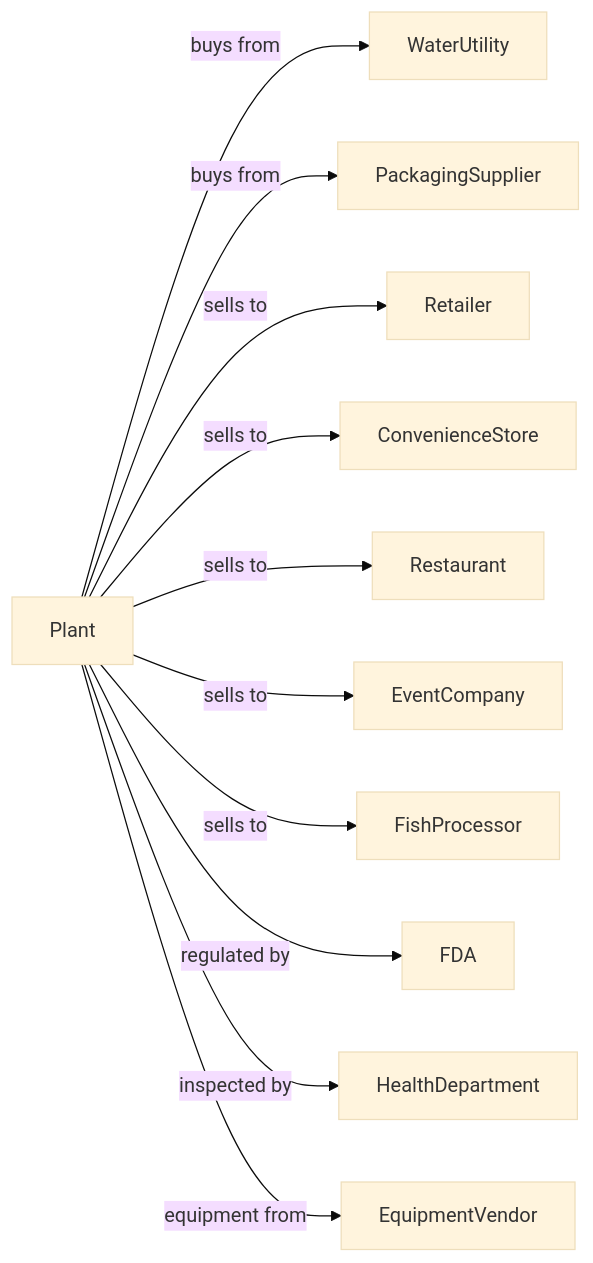
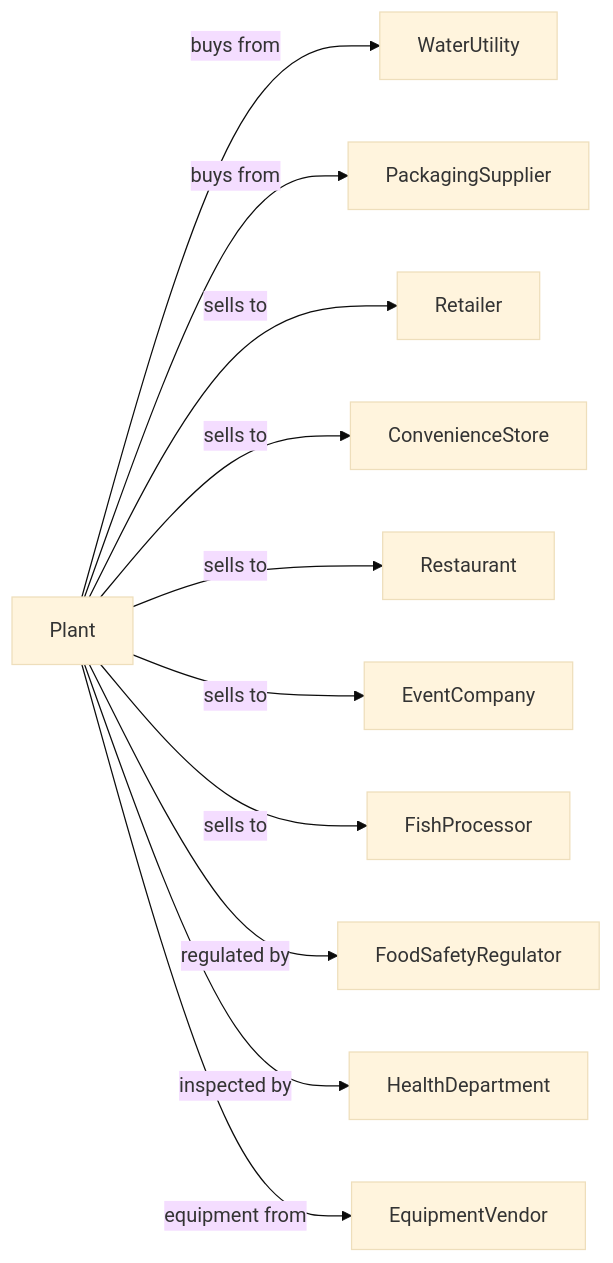
One commit to dot-org-ai/industries.org.ai changed the second of 2 diagrams in Manufacturing/BeverageAndTobaccoProductManufacturing/BeverageManufacturing/IceManufacturing.mdx. Above: the diagram before and after it, drawn with Mermaid (base theme). The commit also changed other lines of this file and 639 other files, not shown here.

````diff
--- a/Manufacturing/BeverageAndTobaccoProductManufacturing/BeverageManufacturing/IceManufacturing.mdx
+++ b/Manufacturing/BeverageAndTobaccoProductManufacturing/BeverageManufacturing/IceManufacturing.mdx
@@ -140,15 +140,15 @@
 ```mermaid
 graph LR
     P[Plant]
 
     P -->|buys from| WaterUtility
     P -->|buys from| PackagingSupplier
     P -->|sells to| Retailer
     P -->|sells to| ConvenienceStore
     P -->|sells to| Restaurant
     P -->|sells to| EventCompany
     P -->|sells to| FishProcessor
-    P -->|regulated by| FDA
+    P -->|regulated by| FoodSafetyRegulator
     P -->|inspected by| HealthDepartment
     P -->|equipment from| EquipmentVendor
 ```
````
